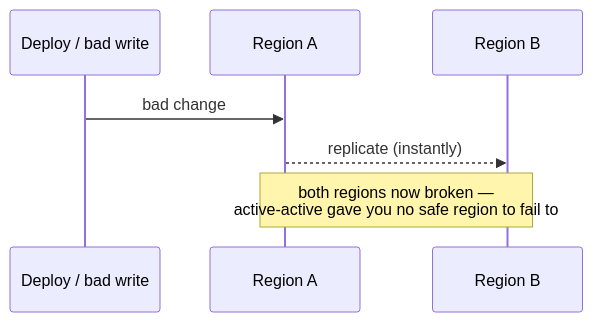
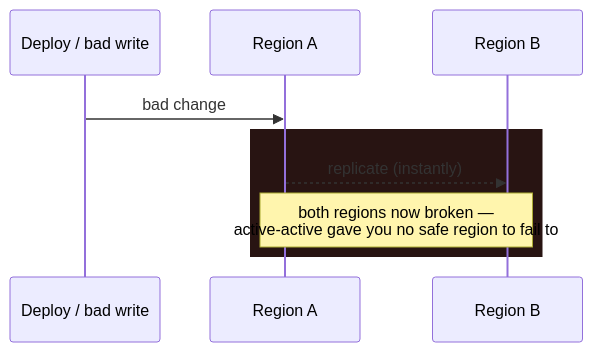
One commit to raghavarora12/engineering-playbook changed the second of 3 diagrams in adrs/003-multi-region-active-active-vs-active-passive.md. Above: the diagram before and after it, drawn with Mermaid. The commit also changed other lines of this file and 10 other files, not shown here.

````diff
--- a/adrs/003-multi-region-active-active-vs-active-passive.md
+++ b/adrs/003-multi-region-active-active-vs-active-passive.md
@@ -91,9 +98,11 @@
 ```mermaid
 sequenceDiagram
     participant Op as Deploy / bad write
     participant RA as Region A
     participant RB as Region B
     Op->>RA: bad change
+    rect rgb(40, 20, 18)
     RA-->>RB: replicate (instantly)
     Note over RA,RB: both regions now broken —<br/>active-active gave you no safe region to fail to
+    end
 ```
````
